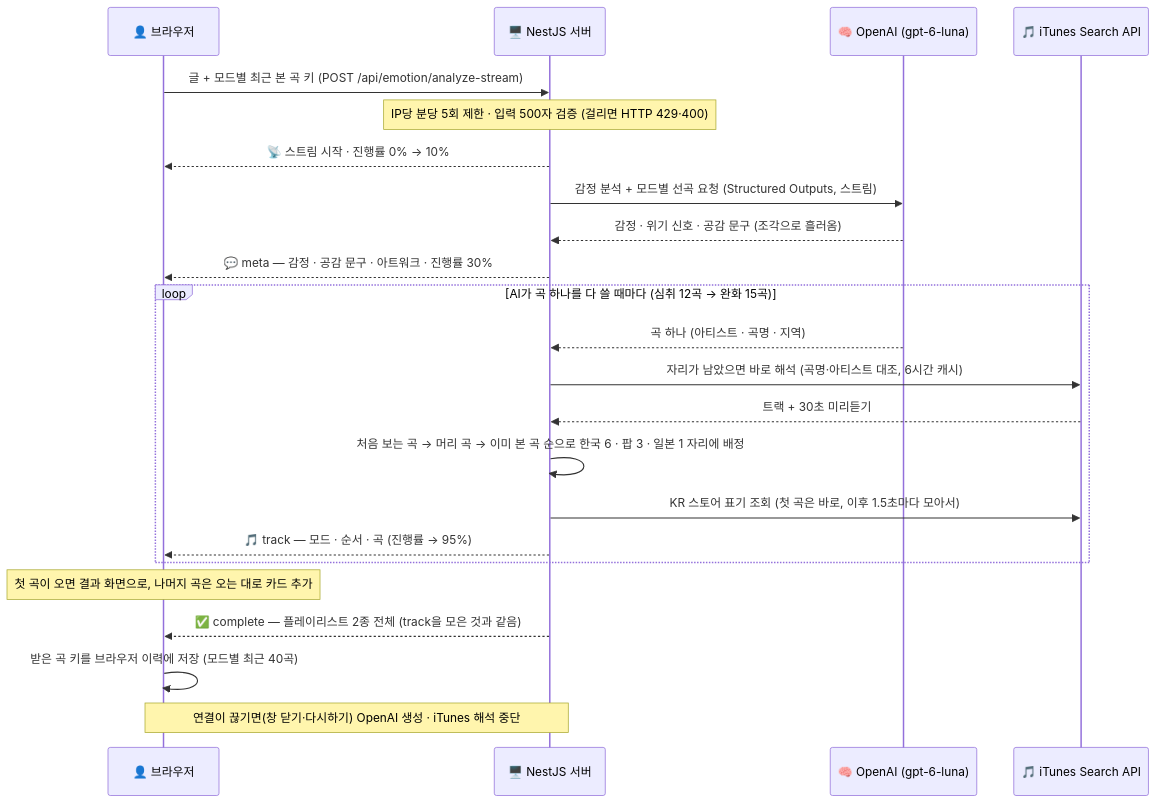
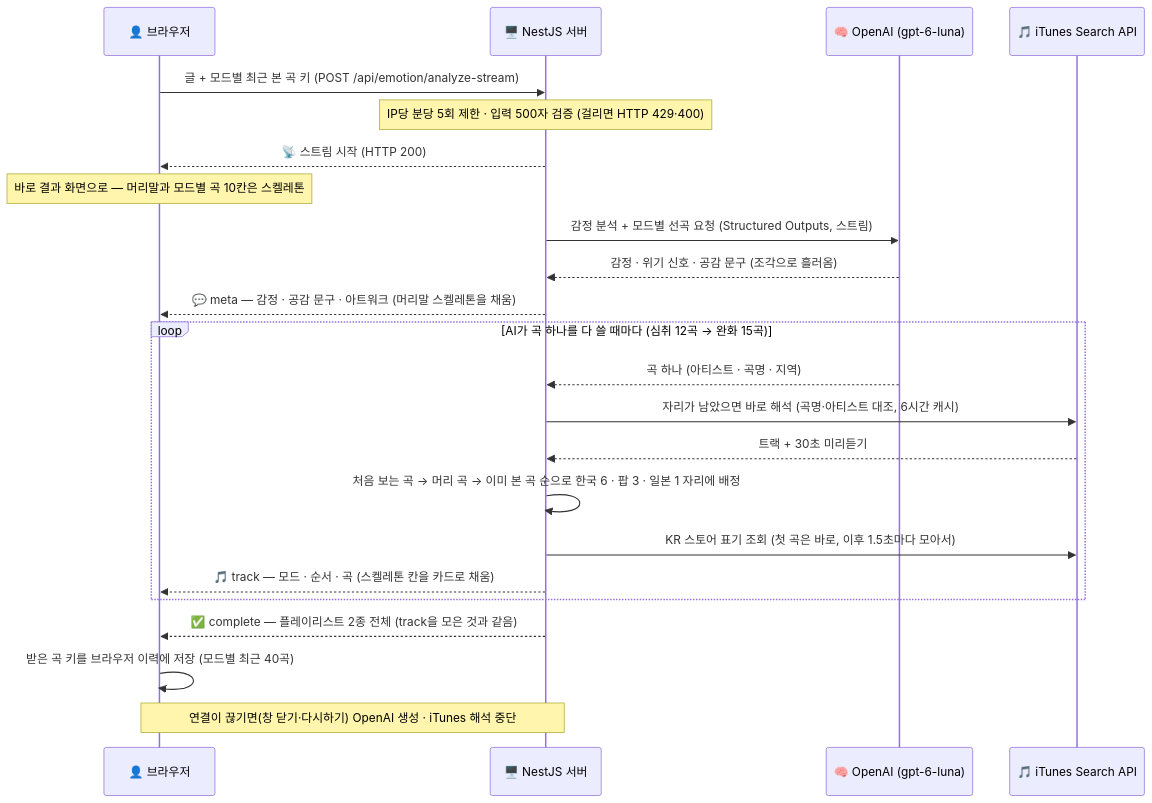
The diagram in README.md (smnm1998/artune), drawn with Mermaid before and after one commit. The commit also changed other lines of this file and 20 other files, not shown here.

First line of the commit message:
feat: 로딩 화면 대신 스켈레톤 결과 화면 — 스트림이 열리면 바로 결과 화면으로, 머리말과 모드별 곡 10칸을 받는 대로 채움

````diff
--- a/README.md
+++ b/README.md
@@ -55,28 +55,28 @@
 ```mermaid
 sequenceDiagram
     participant User as 👤 브라우저
     participant Server as 🖥️ NestJS 서버
     participant OpenAI as 🧠 OpenAI (gpt-6-luna)
     participant iTunes as 🎵 iTunes Search API
 
     User->>Server: 글 + 모드별 최근 본 곡 키 (POST /api/emotion/analyze-stream)
     Note over Server: IP당 분당 5회 제한 · 입력 500자 검증 (걸리면 HTTP 429·400)
-    Server-->>User: 📡 스트림 시작 · 진행률 0% → 10%
+    Server-->>User: 📡 스트림 시작 (HTTP 200)
+    Note over User: 바로 결과 화면으로 — 머리말과 모드별 곡 10칸은 스켈레톤
 
     Server->>OpenAI: 감정 분석 + 모드별 선곡 요청 (Structured Outputs, 스트림)
     OpenAI-->>Server: 감정 · 위기 신호 · 공감 문구 (조각으로 흘러옴)
-    Server-->>User: 💬 meta — 감정 · 공감 문구 · 아트워크 · 진행률 30%
+    Server-->>User: 💬 meta — 감정 · 공감 문구 · 아트워크 (머리말 스켈레톤을 채움)
 
     loop AI가 곡 하나를 다 쓸 때마다 (심취 12곡 → 완화 15곡)
         OpenAI-->>Server: 곡 하나 (아티스트 · 곡명 · 지역)
         Server->>iTunes: 자리가 남았으면 바로 해석 (곡명·아티스트 대조, 6시간 캐시)
         iTunes-->>Server: 트랙 + 30초 미리듣기
         Server->>Server: 처음 보는 곡 → 머리 곡 → 이미 본 곡 순으로 한국 6 · 팝 3 · 일본 1 자리에 배정
         Server->>iTunes: KR 스토어 표기 조회 (첫 곡은 바로, 이후 1.5초마다 모아서)
-        Server-->>User: 🎵 track — 모드 · 순서 · 곡 (진행률 → 95%)
+        Server-->>User: 🎵 track — 모드 · 순서 · 곡 (스켈레톤 칸을 카드로 채움)
     end
-    Note over User: 첫 곡이 오면 결과 화면으로, 나머지 곡은 오는 대로 카드 추가
     Server-->>User: ✅ complete — 플레이리스트 2종 전체 (track을 모은 것과 같음)
     User->>User: 받은 곡 키를 브라우저 이력에 저장 (모드별 최근 40곡)
     Note over User,Server: 연결이 끊기면(창 닫기·다시하기) OpenAI 생성 · iTunes 해석 중단
 ```
````
